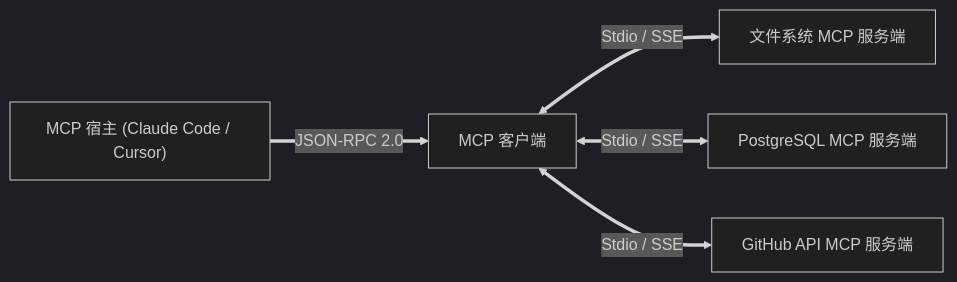
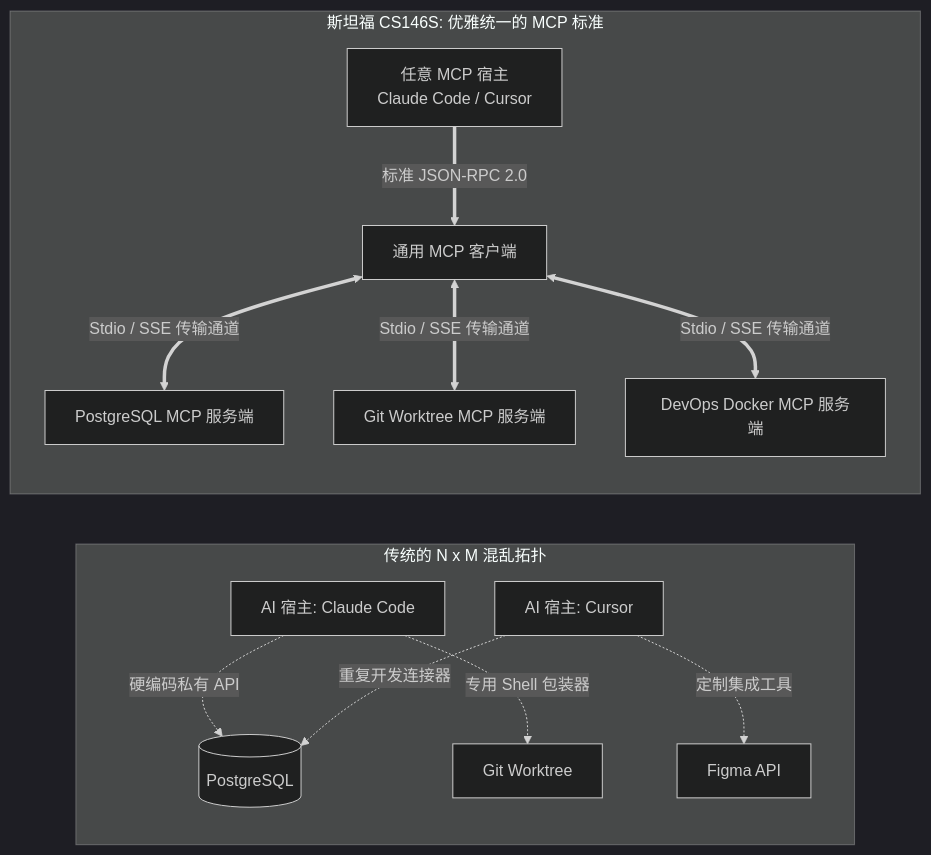
Before and after one commit to jbjihwan/global_blog: the first of 3 diagrams in i18n/zh-Hans/docusaurus-plugin-content-blog/2026-10-24-stanford-cs146s-3/index.md, drawn with Mermaid (dark theme). The commit also changed other lines of this file and 10 other files, not shown here.

````diff
--- a/i18n/zh-Hans/docusaurus-plugin-content-blog/2026-10-24-stanford-cs146s-3/index.md
+++ b/i18n/zh-Hans/docusaurus-plugin-content-blog/2026-10-24-stanford-cs146s-3/index.md
@@ -25,7 +27,16 @@
 ```mermaid
 flowchart LR
-    Host["MCP 宿主 (Claude Code / Cursor)"] ==>|JSON-RPC 2.0| Client["MCP 客户端"]
-    Client <==>|Stdio / SSE| S1["文件系统 MCP 服务端"]
-    Client <==>|Stdio / SSE| S2["PostgreSQL MCP 服务端"]
-    Client <==>|Stdio / SSE| S3["GitHub API MCP 服务端"]
+    subgraph 传统NxM碎片化问题 ["传统的 N x M 混乱拓扑"]
+        A1[AI 宿主: Claude Code] -.->|硬编码私有 API| R1[(PostgreSQL)]
+        A1 -.->|专用 Shell 包装器| R2[Git Worktree]
+        A2[AI 宿主: Cursor] -.->|重复开发连接器| R1
+        A2 -.->|定制集成工具| R3[Figma API]
+    end
+
+    subgraph 现代MCP标准架构 ["斯坦福 CS146S: 优雅统一的 MCP 标准"]
+        H1[任意 MCP 宿主<br/>Claude Code / Cursor] ==>|标准 JSON-RPC 2.0| C[通用 MCP 客户端]
+        C <==>|Stdio / SSE 传输通道| S1[PostgreSQL MCP 服务端]
+        C <==>|Stdio / SSE 传输通道| S2[Git Worktree MCP 服务端]
+        C <==>|Stdio / SSE 传输通道| S3[DevOps Docker MCP 服务端]
+    end
 ```
````
